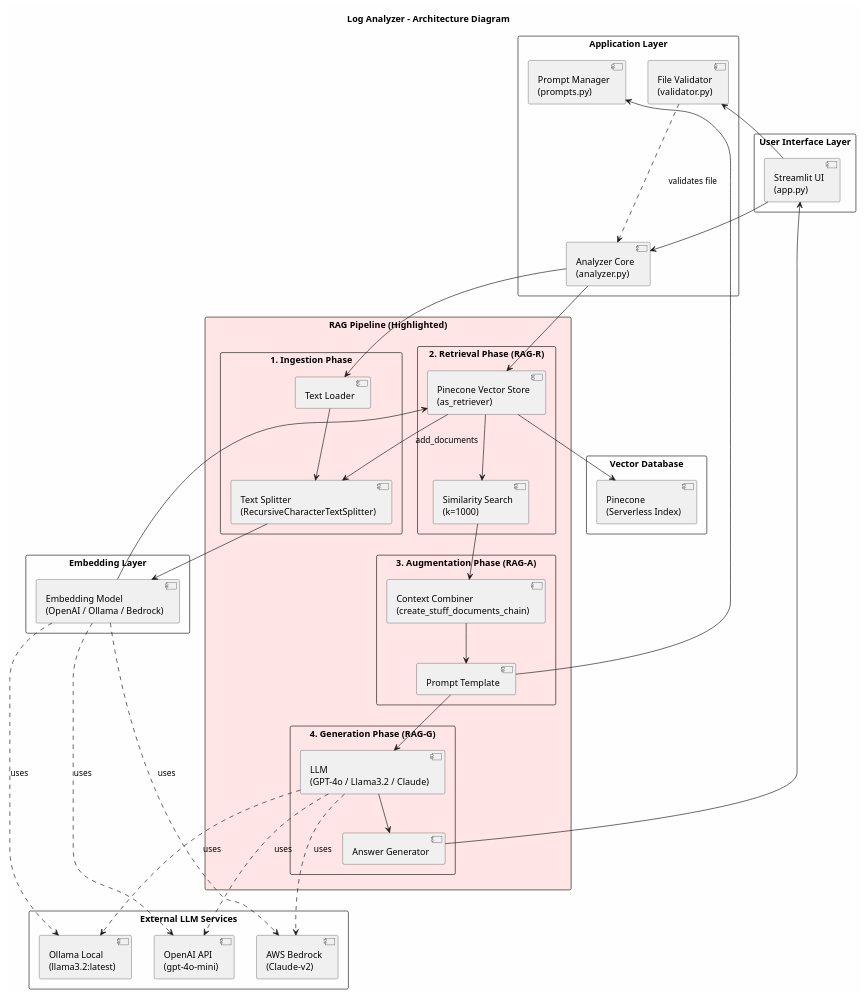
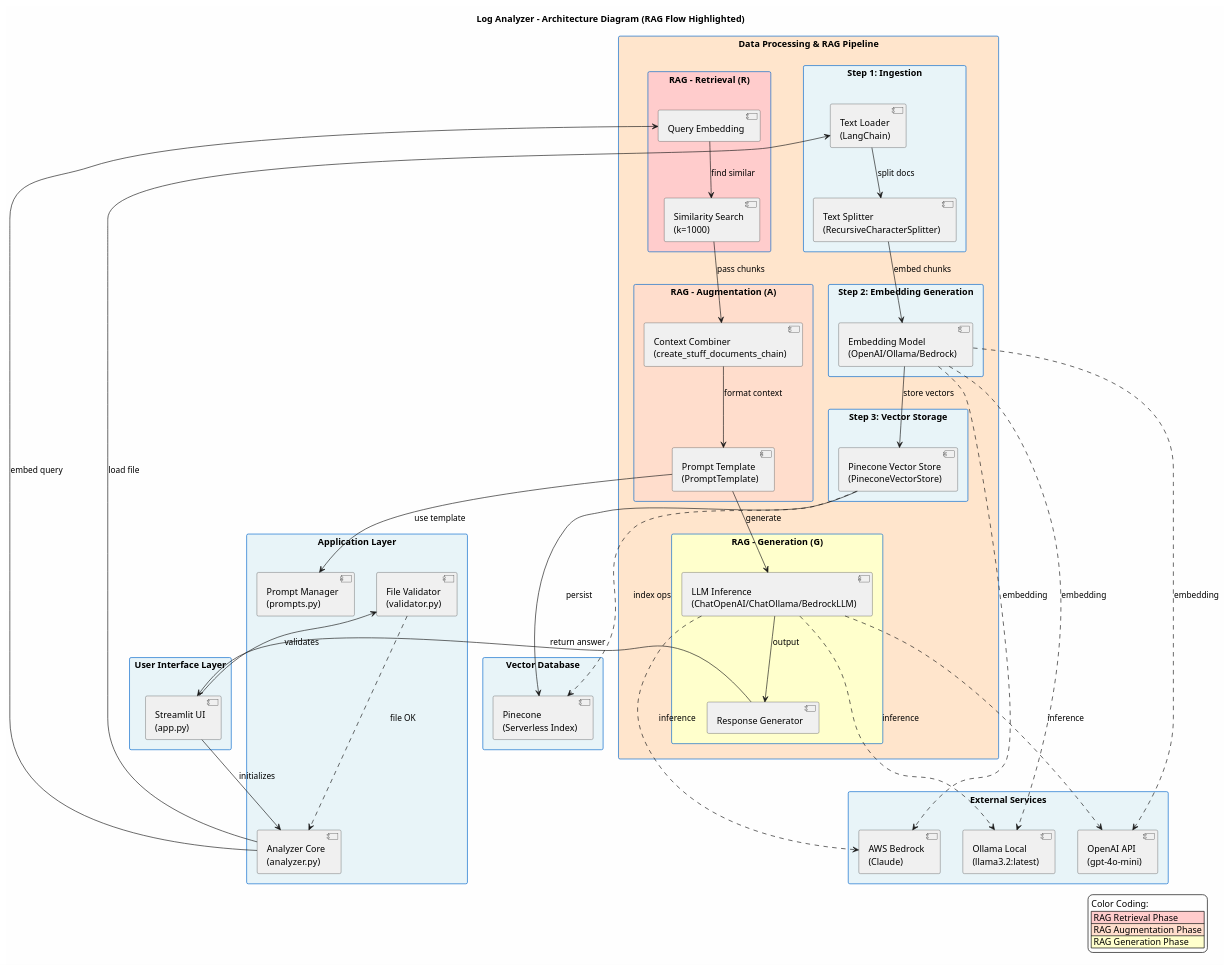
One commit to dsdebayan/log_analyzer changed the diagram in documents/log_analyzer_architecture.puml. Above: the diagram before and after it, drawn with PlantUML. The commit also changed 3 other files, not shown here.

```diff
--- a/documents/log_analyzer_architecture.puml
+++ b/documents/log_analyzer_architecture.puml
@@ -1,86 +1,110 @@
 @startuml log_analyzer_architecture
-title Log Analyzer - Architecture Diagram
+title Log Analyzer - Architecture Diagram (RAG Flow Highlighted)
 skinparam backgroundColor #FEFEFE
 skinparam componentBackgroundColor #F0F0F0
 skinparam componentBorderColor #333333
+skinparam rectangle {
+    BackgroundColor #E8F4F8
+    BorderColor #0066CC
+}
 
+' ===== UI Layer =====
 rectangle "User Interface Layer" {
     component [Streamlit UI\n(app.py)] as StreamlitUI
 }
 
+' ===== Application Layer =====
 rectangle "Application Layer" {
     component [File Validator\n(validator.py)] as Validator
     component [Analyzer Core\n(analyzer.py)] as Analyzer
     component [Prompt Manager\n(prompts.py)] as Prompts
 }
 
-rectangle "RAG Pipeline (Highlighted)" #FFE5E5 {
-    rectangle "1. Ingestion Phase" {
-        component [Text Loader] as TextLoader
-        component [Text Splitter\n(RecursiveCharacterTextSplitter)] as Splitter
+' ===== Data Processing & RAG Pipeline =====
+rectangle "Data Processing & RAG Pipeline" #FFE5CC {
+
+    rectangle "Step 1: Ingestion" {
+        component [Text Loader\n(LangChain)] as TextLoader
+        component [Text Splitter\n(RecursiveCharacterSplitter)] as Splitter
     }
 
-    rectangle "2. Retrieval Phase (RAG-R)" {
-        component [Pinecone Vector Store\n(as_retriever)] as VectorStore
+    rectangle "Step 2: Embedding Generation" {
+        component [Embedding Model\n(OpenAI/Ollama/Bedrock)] as EmbeddingModel
+    }
+
+    rectangle "Step 3: Vector Storage" {
+        component [Pinecone Vector Store\n(PineconeVectorStore)] as VectorStore
+    }
+
+    rectangle "RAG - Retrieval (R)" #FFCCCC {
+        component [Query Embedding] as QueryEmbedding
         component [Similarity Search\n(k=1000)] as SimilaritySearch
     }
 
-    rectangle "3. Augmentation Phase (RAG-A)" {
+    rectangle "RAG - Augmentation (A)" #FFDDCC {
         component [Context Combiner\n(create_stuff_documents_chain)] as ContextCombiner
-        component [Prompt Template] as PromptEngine
+        component [Prompt Template\n(PromptTemplate)] as PromptEngine
     }
 
-    rectangle "4. Generation Phase (RAG-G)" {
-        component [LLM\n(GPT-4o / Llama3.2 / Claude)] as LLM
-        component [Answer Generator] as AnswerGen
+    rectangle "RAG - Generation (G)" #FFFFCC {
+        component [LLM Inference\n(ChatOpenAI/ChatOllama/BedrockLLM)] as LLM
+        component [Response Generator] as ResponseGen
     }
 }
 
-rectangle "Embedding Layer" {
-    component [Embedding Model\n(OpenAI / Ollama / Bedrock)] as EmbeddingModel
+' ===== External Services =====
+rectangle "External Services" {
+    component [OpenAI API\n(gpt-4o-mini)] as OpenAI
+    component [Ollama Local\n(llama3.2:latest)] as Ollama
+    component [AWS Bedrock\n(Claude)] as Bedrock
 }
 
 rectangle "Vector Database" {
     component [Pinecone\n(Serverless Index)] as PineconeDB
 }
 
-rectangle "External LLM Services" {
-    component [OpenAI API\n(gpt-4o-mini)] as OpenAI
-    component [Ollama Local\n(llama3.2:latest)] as Ollama
-    component [AWS Bedrock\n(Claude-v2)] as Bedrock
-}
+' ===== Relationships: UI to Application =====
+StreamlitUI --> Validator : validates
+StreamlitUI --> Analyzer : initializes
 
-StreamlitUI --> Validator
-StreamlitUI --> Analyzer
+' ===== Relationships: Validation & Ingestion Flow =====
+Validator -.-> Analyzer : file OK
 
-Validator -.-> Analyzer : validates file
+Analyzer --> TextLoader : load file
+TextLoader --> Splitter : split docs
 
-Analyzer --> TextLoader
-TextLoader --> Splitter
+' ===== Relationships: Embedding & Storage =====
+Splitter --> EmbeddingModel : embed chunks
+EmbeddingModel --> VectorStore : store vectors
+VectorStore --> PineconeDB : persist
 
-Splitter --> EmbeddingModel
-EmbeddingModel --> VectorStore
+' ===== Relationships: Query Processing (RAG) =====
+Analyzer --> QueryEmbedding : embed query
+QueryEmbedding --> SimilaritySearch : find similar
+SimilaritySearch --> ContextCombiner : pass chunks
+ContextCombiner --> PromptEngine : format context
+PromptEngine --> Prompts : use template
 
-VectorStore --> Splitter : add_documents
-VectorStore --> PineconeDB
+PromptEngine --> LLM : generate
+LLM --> ResponseGen : output
+ResponseGen --> StreamlitUI : return answer
 
-Analyzer --> VectorStore
-VectorStore --> SimilaritySearch
+' ===== External Service Integrations =====
+EmbeddingModel -.-> OpenAI : embedding
+EmbeddingModel -.-> Ollama : embedding
+EmbeddingModel -.-> Bedrock : embedding
 
-SimilaritySearch --> ContextCombiner
-ContextCombiner --> PromptEngine
-PromptEngine --> Prompts
+LLM -.-> OpenAI : inference
+LLM -.-> Ollama : inference
+LLM -.-> Bedrock : inference
 
-PromptEngine --> LLM
-LLM --> AnswerGen
-AnswerGen --> StreamlitUI
+VectorStore -.-> PineconeDB : index ops
 
-EmbeddingModel -.-> OpenAI : uses
-EmbeddingModel -.-> Ollama : uses
-EmbeddingModel -.-> Bedrock : uses
-
-LLM -.-> OpenAI : uses
-LLM -.-> Ollama : uses
-LLM -.-> Bedrock : uses
+legend right
+  Color Coding:
+  |<#FFCCCC> RAG Retrieval Phase |
+  |<#FFDDCC> RAG Augmentation Phase |
+  |<#FFFFCC> RAG Generation Phase |
+end legend
 
 @enduml
```
